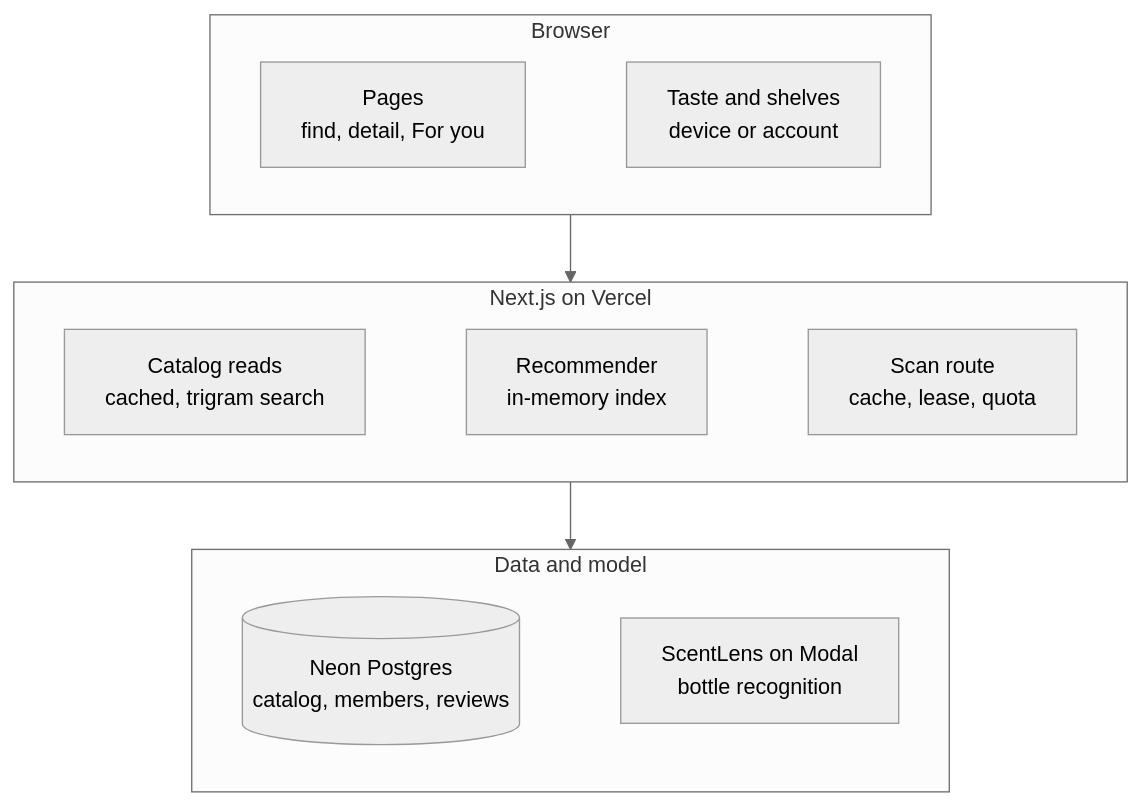
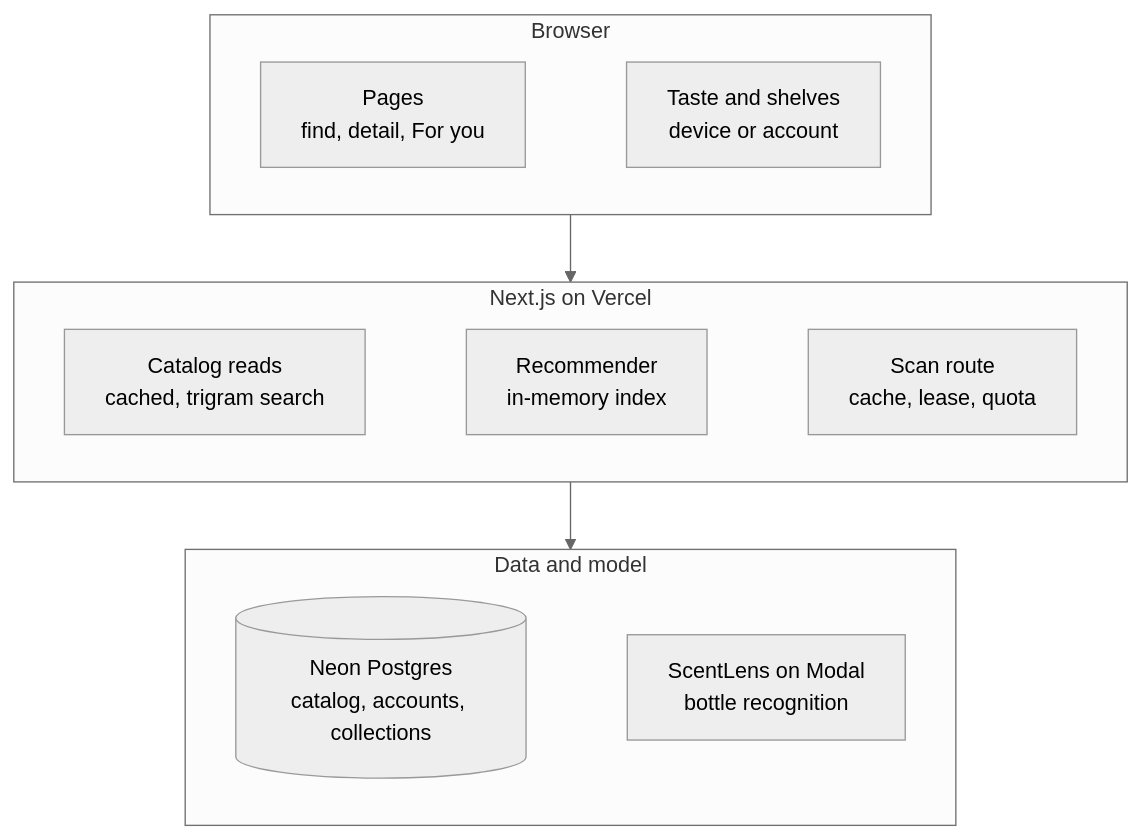
Before and after one commit to bhnsadhu/accord: the diagram in README.md, drawn with Mermaid (neutral theme). The commit also changed other lines of this file and 42 other files, not shown here.

````diff
--- a/README.md
+++ b/README.md
@@ -40,17 +40,17 @@
 ```mermaid
 flowchart TD
   subgraph web["Browser"]
     direction LR
     pages["Pages<br/>find, detail, For you"] ~~~ state["Taste and shelves<br/>device or account"]
   end
   subgraph app["Next.js on Vercel"]
     direction LR
     cat["Catalog reads<br/>cached, trigram search"] ~~~ reco["Recommender<br/>in-memory index"] ~~~ scan["Scan route<br/>cache, lease, quota"]
   end
   subgraph ext["Data and model"]
     direction LR
-    neon[("Neon Postgres<br/>catalog, members, reviews")] ~~~ sl["ScentLens on Modal<br/>bottle recognition"]
+    neon[("Neon Postgres<br/>catalog, accounts, collections")] ~~~ sl["ScentLens on Modal<br/>bottle recognition"]
   end
   web --> app
   app --> ext
 ```
````
